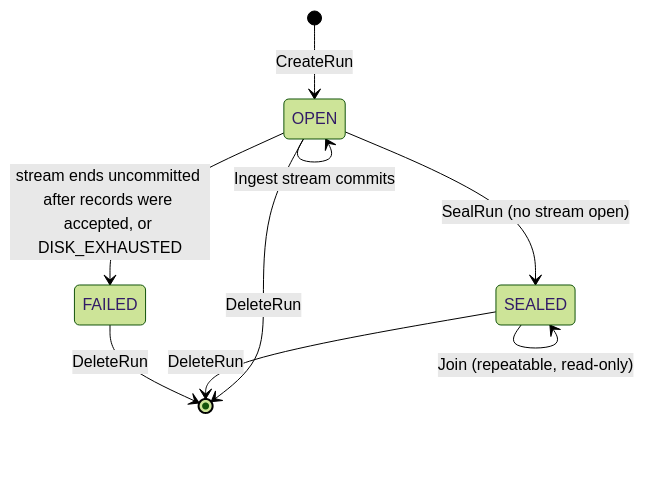
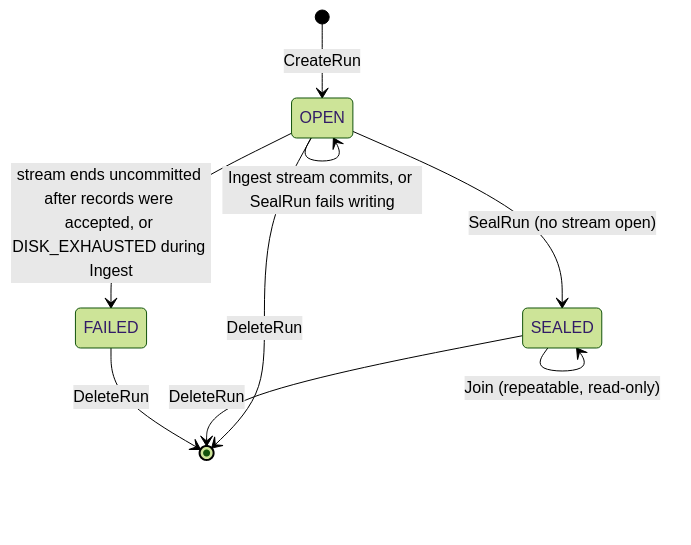
One commit to Zaba505/reconciliar-sidecar-poc changed the fourth of 5 diagrams in README.md. Above: the diagram before and after it, drawn with Mermaid (forest theme). The commit also changed other lines of this file and 44 other files, not shown here.

````diff
--- a/README.md
+++ b/README.md
@@ -112,11 +118,11 @@
 ```mermaid
 stateDiagram-v2
   [*] --> OPEN: CreateRun
-  OPEN --> OPEN: Ingest stream commits
+  OPEN --> OPEN: Ingest stream commits, or SealRun fails writing
   OPEN --> SEALED: SealRun (no stream open)
-  OPEN --> FAILED: stream ends uncommitted after records were accepted, or DISK_EXHAUSTED
+  OPEN --> FAILED: stream ends uncommitted after records were accepted, or DISK_EXHAUSTED during Ingest
   SEALED --> SEALED: Join (repeatable, read-only)
   OPEN --> [*]: DeleteRun
   SEALED --> [*]: DeleteRun
   FAILED --> [*]: DeleteRun
 ```
````
